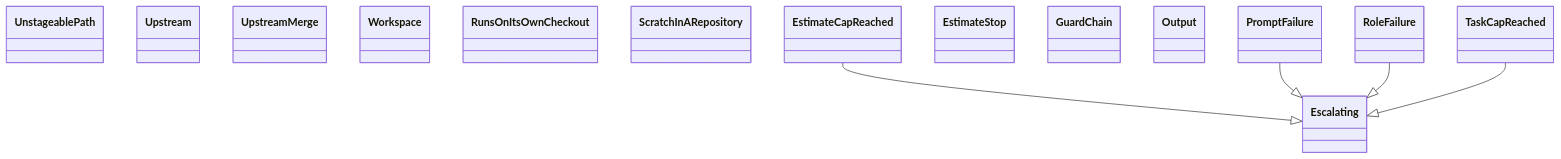
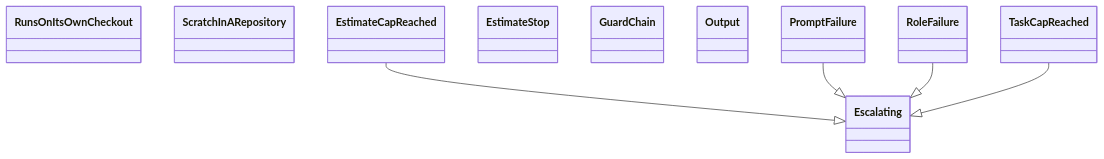
The diagram in docs/architecture/generated/classes-process-application-support-6.md (GonzaloZevallos/agentic-system), drawn with Mermaid before and after one commit. The commit also changed other lines of this file and 23 other files, not shown here.

````diff
--- a/docs/architecture/generated/classes-process-application-support-6.md
+++ b/docs/architecture/generated/classes-process-application-support-6.md
@@ -17,21 +17,17 @@
 ```mermaid
 classDiagram
-    class ports__UnstageablePath["UnstageablePath"]
-    class ports__Upstream["Upstream"]
-    class ports__UpstreamMerge["UpstreamMerge"]
-    class ports__Workspace["Workspace"]
     class preflight__RunsOnItsOwnCheckout["RunsOnItsOwnCheckout"]
     class preflight__ScratchInARepository["ScratchInARepository"]
     class run_role__Escalating["Escalating"]
     class run_role__EstimateCapReached["EstimateCapReached"]
     class run_role__EstimateStop["EstimateStop"]
     class run_role__GuardChain["GuardChain"]
     class run_role__Output["Output"]
     class run_role__PromptFailure["PromptFailure"]
     class run_role__RoleFailure["RoleFailure"]
     class run_role__TaskCapReached["TaskCapReached"]
     run_role__EstimateCapReached --|> run_role__Escalating
     run_role__PromptFailure --|> run_role__Escalating
     run_role__RoleFailure --|> run_role__Escalating
     run_role__TaskCapReached --|> run_role__Escalating
 ```
````
